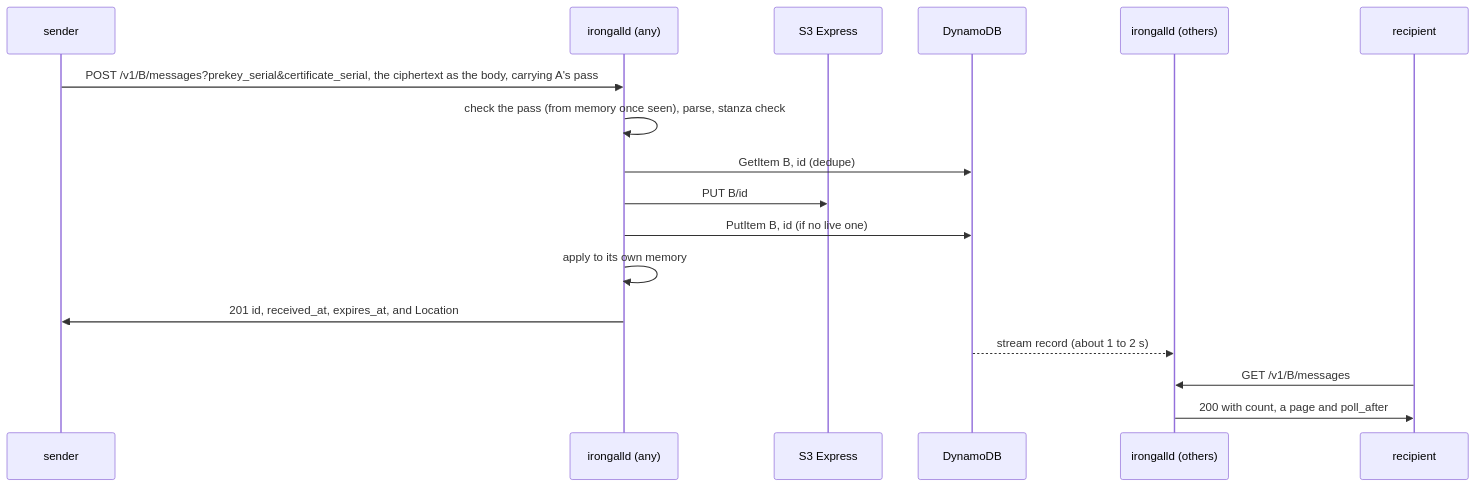
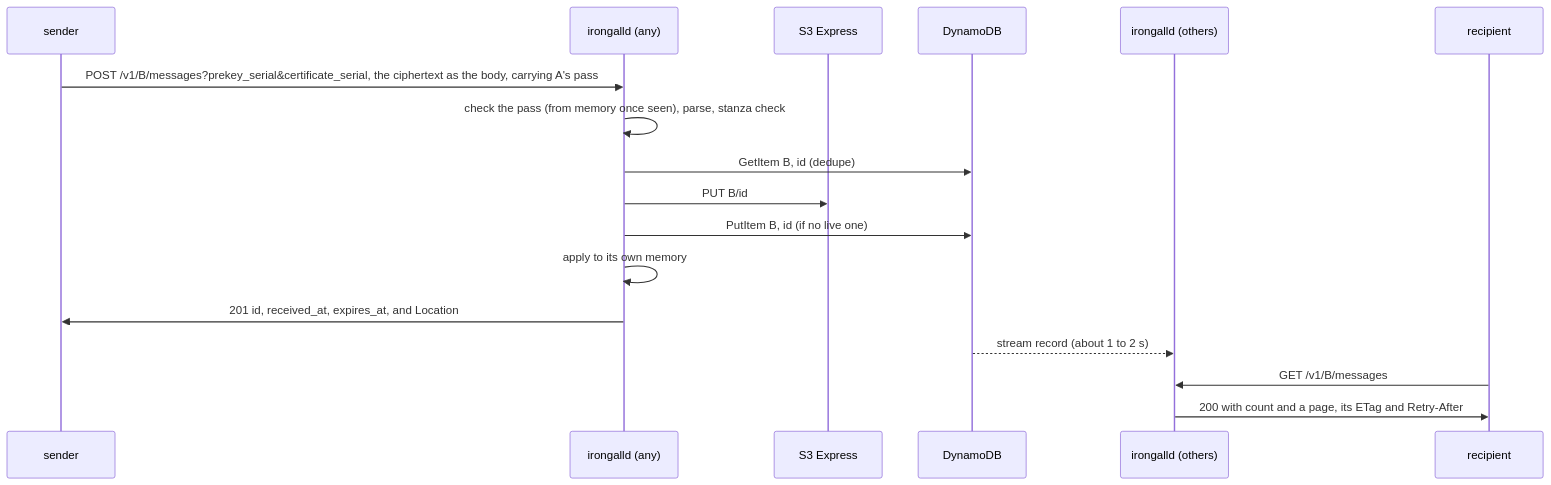
The second of 2 diagrams in ARCHITECTURE.md (IronGall-dev/irongall-server), drawn with Mermaid before and after one commit. The commit also changed other lines of this file and 10 other files, not shown here.

First line of the commit message:
The list's ETag and 304 come back: the tag is the page's hash, and a 304 is a poll

````diff
--- a/ARCHITECTURE.md
+++ b/ARCHITECTURE.md
@@ -136,19 +136,19 @@
 ```mermaid
 sequenceDiagram
   participant A as sender
   participant P1 as irongalld (any)
   participant S3 as S3 Express
   participant D as DynamoDB
   participant P2 as irongalld (others)
   participant B as recipient
   A->>P1: POST /v1/B/messages?prekey_serial&certificate_serial, the ciphertext as the body, carrying A's pass
   P1->>P1: check the pass (from memory once seen), parse, stanza check
   P1->>D: GetItem B, id (dedupe)
   P1->>S3: PUT B/id
   P1->>D: PutItem B, id (if no live one)
   P1->>P1: apply to its own memory
   P1->>A: 201 id, received_at, expires_at, and Location
   D-->>P2: stream record (about 1 to 2 s)
   B->>P2: GET /v1/B/messages
-  P2->>B: 200 with count, a page and poll_after
+  P2->>B: 200 with count and a page, its ETag and Retry-After
 ```
````
